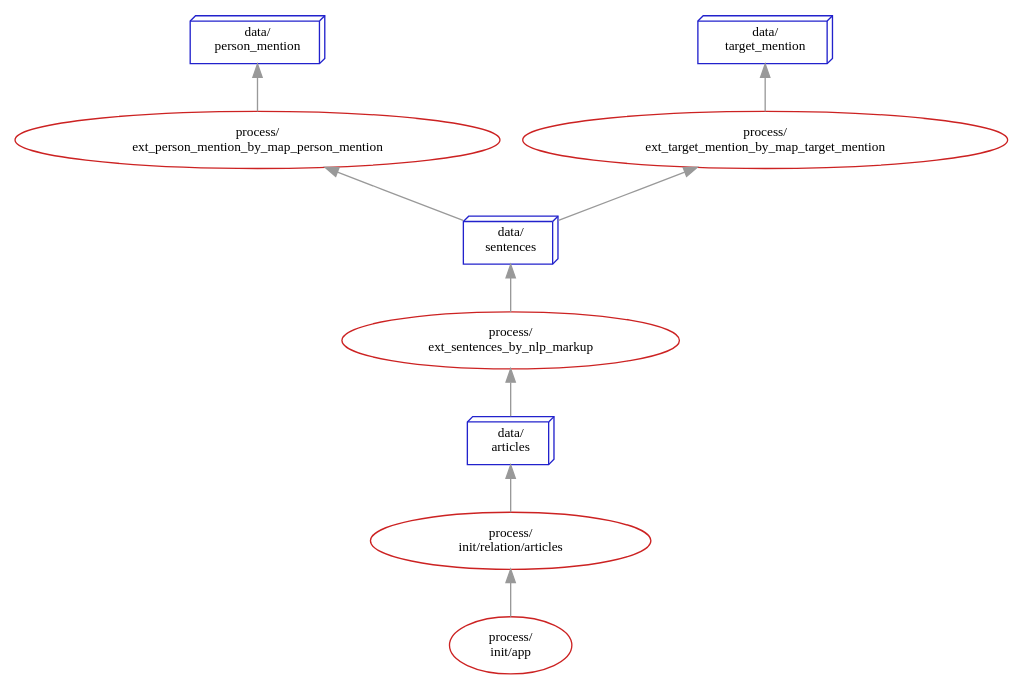
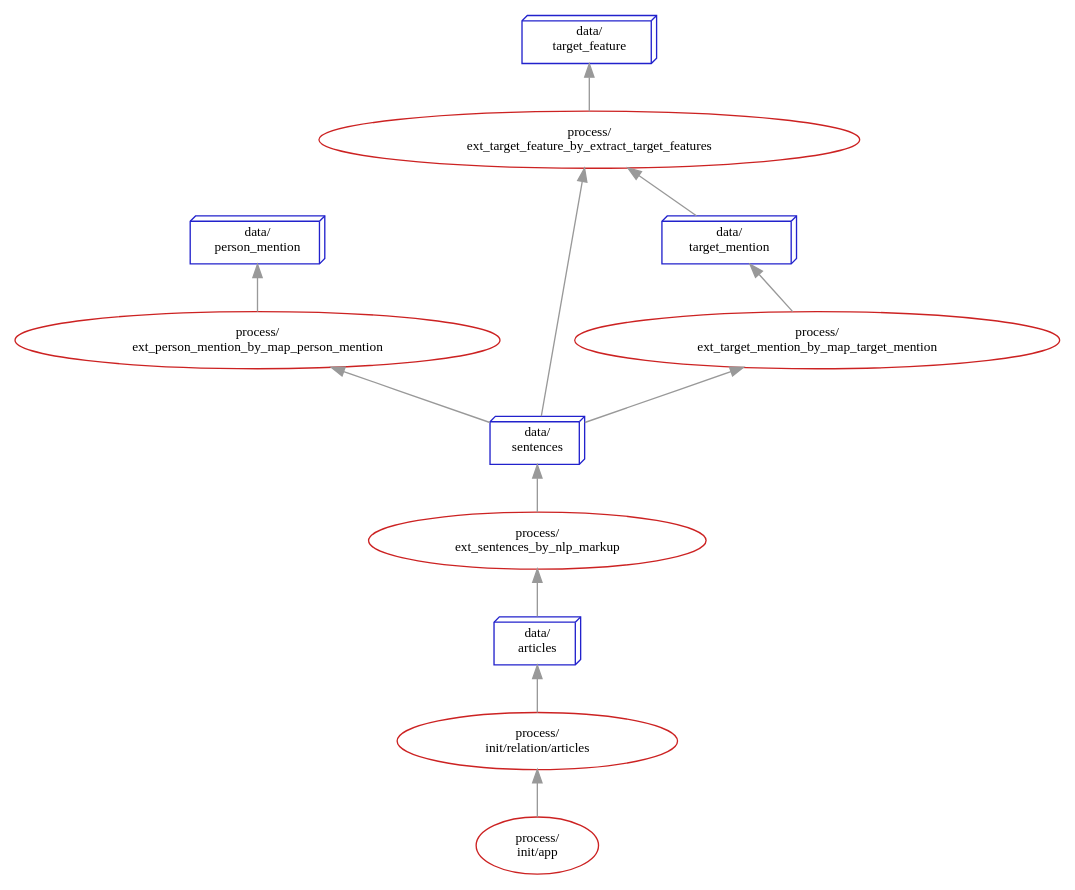
The diagram in app/planetaryir/run/dataflow.dot (USCDataScience/PlanetaryIR), drawn with Graphviz before and after one commit. The commit also changed 87 other files, not shown here.

```diff
--- a/app/planetaryir/run/dataflow.dot
+++ b/app/planetaryir/run/dataflow.dot
@@ -1,97 +1,124 @@
 
 digraph "planetaryir data flow" {
     graph[rankdir=BT  # bottom-to-top drawing (or RL/right-to-left may also make sense)
     ];
     node [shape=box
          ,style=dotted
          ,fontsize=10
          ,fontname="Ubuntu Mono,Envy Code R,Oxygen Mono,Consolas,Menlo,Monaco,Andale Mono"
     ];
     edge [color="#999999"];
 
 
 "process/
 init/app" [shape=ellipse  color="#cc2222" style=solid];
 
 "process/
 init/relation/articles" [shape=ellipse  color="#cc2222" style=solid];
 
 "process/
 init/app" -> "process/
 init/relation/articles" [
 label=""
 
 ];
 
 "process/
 ext_person_mention_by_map_person_mention" [shape=ellipse  color="#cc2222" style=solid];
 
 "data/
 sentences" -> "process/
 ext_person_mention_by_map_person_mention" [
 label=""
 
 ];
 
 "process/
 ext_sentences_by_nlp_markup" [shape=ellipse  color="#cc2222" style=solid];
 
 "data/
 articles" -> "process/
 ext_sentences_by_nlp_markup" [
 label=""
 
 ];
 
 "process/
+ext_target_feature_by_extract_target_features" [shape=ellipse  color="#cc2222" style=solid];
+
+"data/
+sentences" -> "process/
+ext_target_feature_by_extract_target_features" [
+label=""
+
+];
+
+"data/
+target_mention" -> "process/
+ext_target_feature_by_extract_target_features" [
+label=""
+
+];
+
+"process/
 ext_target_mention_by_map_target_mention" [shape=ellipse  color="#cc2222" style=solid];
 
 "data/
 sentences" -> "process/
 ext_target_mention_by_map_target_mention" [
 label=""
 
 ];
 
 "data/
 articles" [shape=box3d    color="#2222cc" style=solid];
 
 "process/
 init/relation/articles" -> "data/
 articles" [
 label=""
 
 ];
 
 "data/
 person_mention" [shape=box3d    color="#2222cc" style=solid];
 
 "process/
 ext_person_mention_by_map_person_mention" -> "data/
 person_mention" [
 label=""
 
 ];
 
 "data/
 sentences" [shape=box3d    color="#2222cc" style=solid];
 
 "process/
 ext_sentences_by_nlp_markup" -> "data/
 sentences" [
 label=""
 
 ];
 
 "data/
+target_feature" [shape=box3d    color="#2222cc" style=solid];
+
+"process/
+ext_target_feature_by_extract_target_features" -> "data/
+target_feature" [
+label=""
+
+];
+
+"data/
 target_mention" [shape=box3d    color="#2222cc" style=solid];
 
 "process/
 ext_target_mention_by_map_target_mention" -> "data/
 target_mention" [
 label=""
 
 ];
 
 
 }
```
